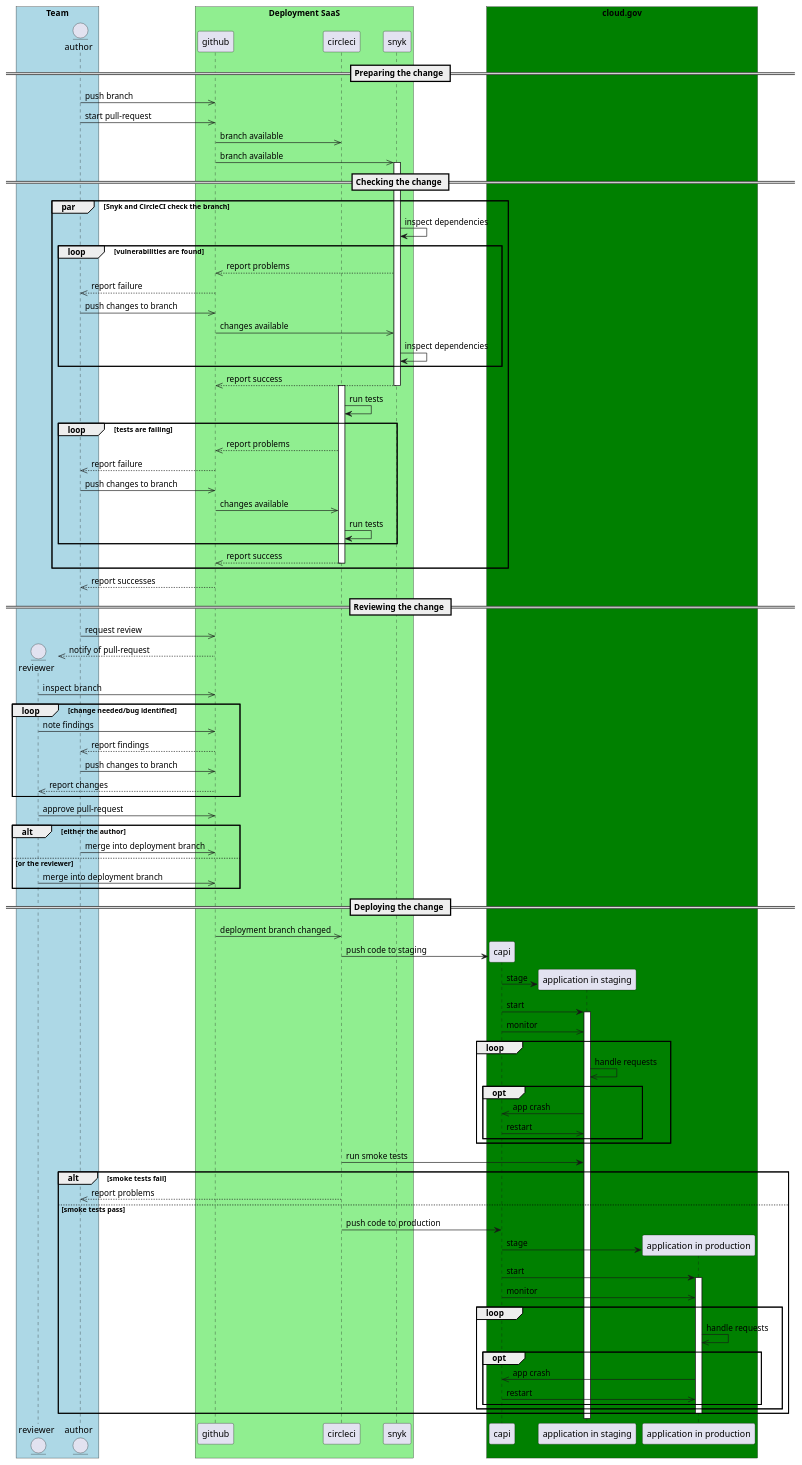
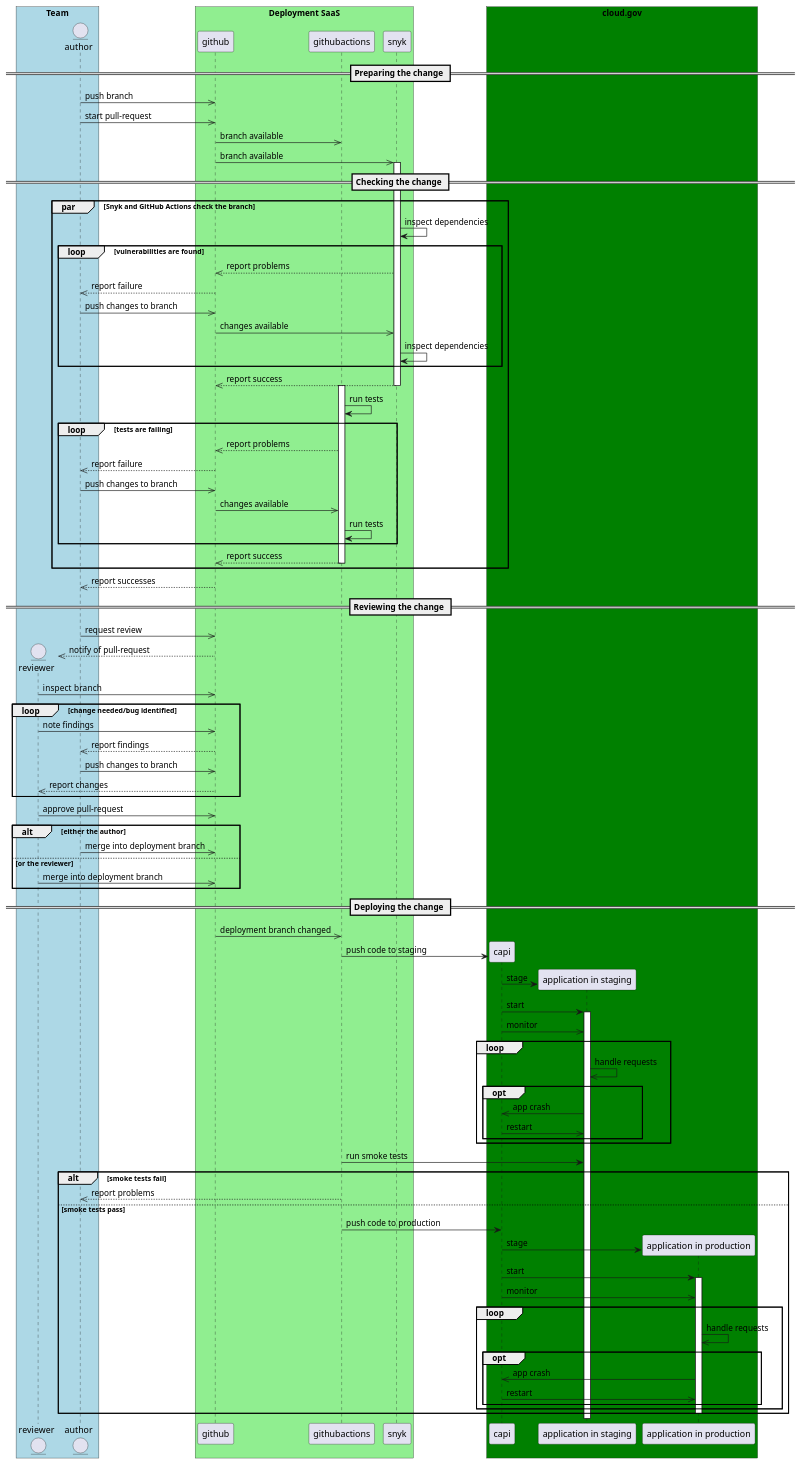
The diagram in deployment-change.md (GSA/datagov-compliance), drawn with PlantUML before and after one commit. The commit also changed other lines of this file and 3 other files, not shown here.

Commit message:
Remove CircleCI, replace with GitHub Actions everywhere

```diff
--- a/deployment-change.md
+++ b/deployment-change.md
@@ -15,13 +17,13 @@
 author ->> github: push branch
 author ->> github: start pull-request
 	participant snyk
-	github ->> circleci: branch available
+	github ->> githubactions: branch available
     github ->> snyk: branch available
 
 == Checking the change ==
     activate snyk    
 
-par Snyk and CircleCI check the branch
+par Snyk and GitHub Actions check the branch
     snyk -> snyk: inspect dependencies
     loop vulnerabilities are found
         github <<-- snyk: report problems
@@ -33,17 +35,17 @@
     github <<-- snyk: report success
     deactivate snyk
 	
-    activate circleci
-    circleci -> circleci: run tests
+    activate githubactions
+    githubactions -> githubactions: run tests
     loop tests are failing
-        github <<-- circleci: report problems
+        github <<-- githubactions: report problems
         author <<-- github: report failure
         author ->> github: push changes to branch
-        github ->> circleci: changes available
-        circleci -> circleci: run tests
+        github ->> githubactions: changes available
+        githubactions -> githubactions: run tests
     end
-    github <<-- circleci: report success
-    deactivate circleci
+    github <<-- githubactions: report success
+    deactivate githubactions
 end
 
 author <<-- github: report successes
@@ -68,11 +70,11 @@
 end
 
 == Deploying the change ==
-github ->> circleci: deployment branch changed
+github ->> githubactions: deployment branch changed
 
 participant "application in staging" as stagingapp
 create capi
-circleci -> capi: push code to staging
+githubactions -> capi: push code to staging
 create stagingapp
 capi -> stagingapp: stage
 capi -> stagingapp: start
@@ -86,12 +88,12 @@
     end
 end
 
-circleci -> stagingapp: run smoke tests
+githubactions -> stagingapp: run smoke tests
 alt smoke tests fail
-    author <<-- circleci: report problems
+    author <<-- githubactions: report problems
 else smoke tests pass
     participant "application in production" as app
-    circleci -> capi: push code to production
+    githubactions -> capi: push code to production
     create app
     capi -> app: stage 
     capi -> app: start
@@ -109,7 +111,7 @@
 
 box "Deployment SaaS" #LightGreen
 	participant github
-    participant circleci
+    participant githubactions
     participant snyk
 end box
 
```
